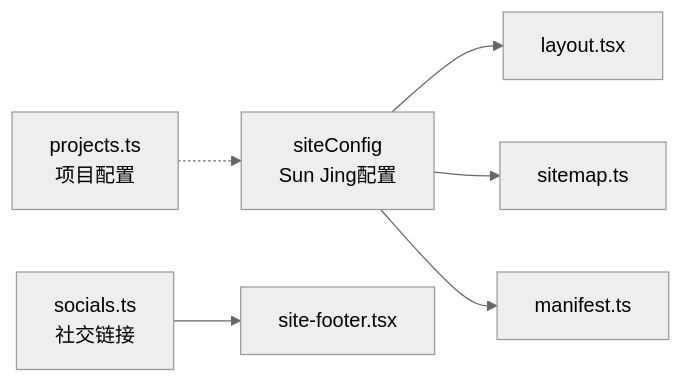
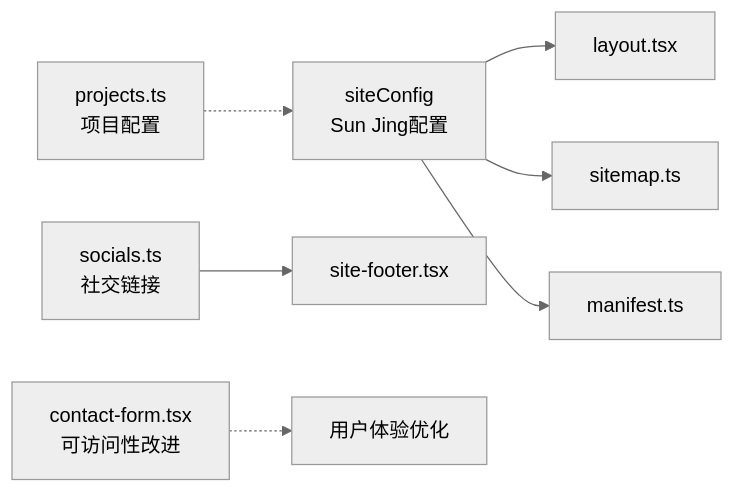
One commit to florianjsun/next-portfolio changed the third of 3 diagrams in .qoder/repowiki/zh/content/配置指南/站点配置.md. Above: the diagram before and after it, drawn with Mermaid (neutral theme). The commit also changed other lines of this file and 80 other files, not shown here.

````diff
--- a/.qoder/repowiki/zh/content/配置指南/站点配置.md
+++ b/.qoder/repowiki/zh/content/配置指南/站点配置.md
@@ -245,8 +275,9 @@
 ```mermaid
 graph LR
 SC["siteConfig<br/>Sun Jing配置"] --> L["layout.tsx"]
 SC --> S["sitemap.ts"]
 SC --> M["manifest.ts"]
 SL["socials.ts<br/>社交链接"] --> F["site-footer.tsx"]
 PC["projects.ts<br/>项目配置"] -.-> SC
+CF["contact-form.tsx<br/>可访问性改进"] -.-> UX["用户体验优化"]
 ```
````
